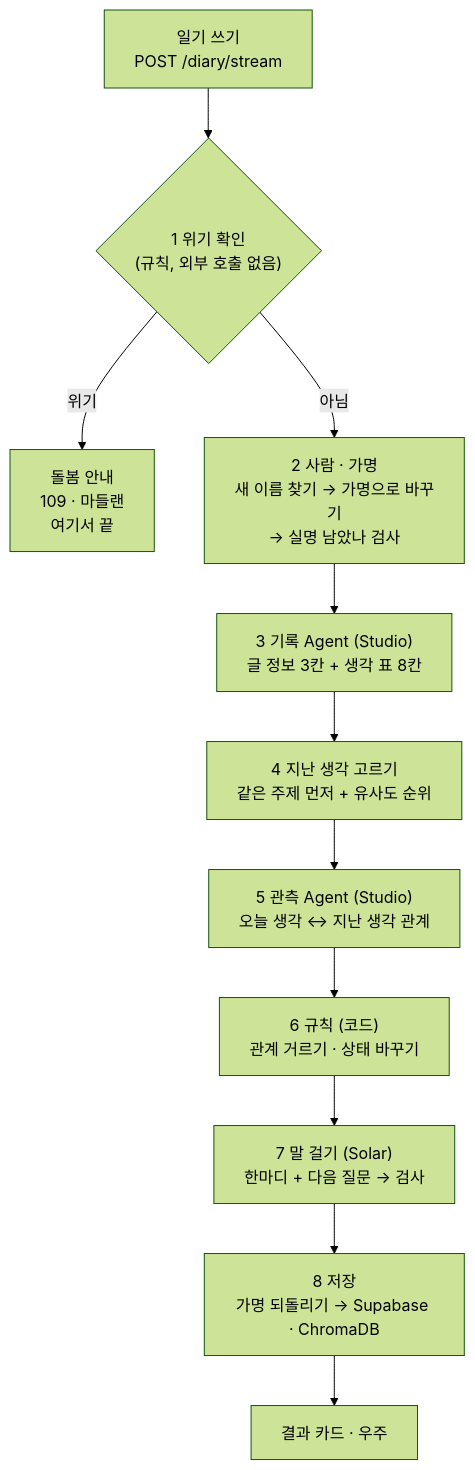
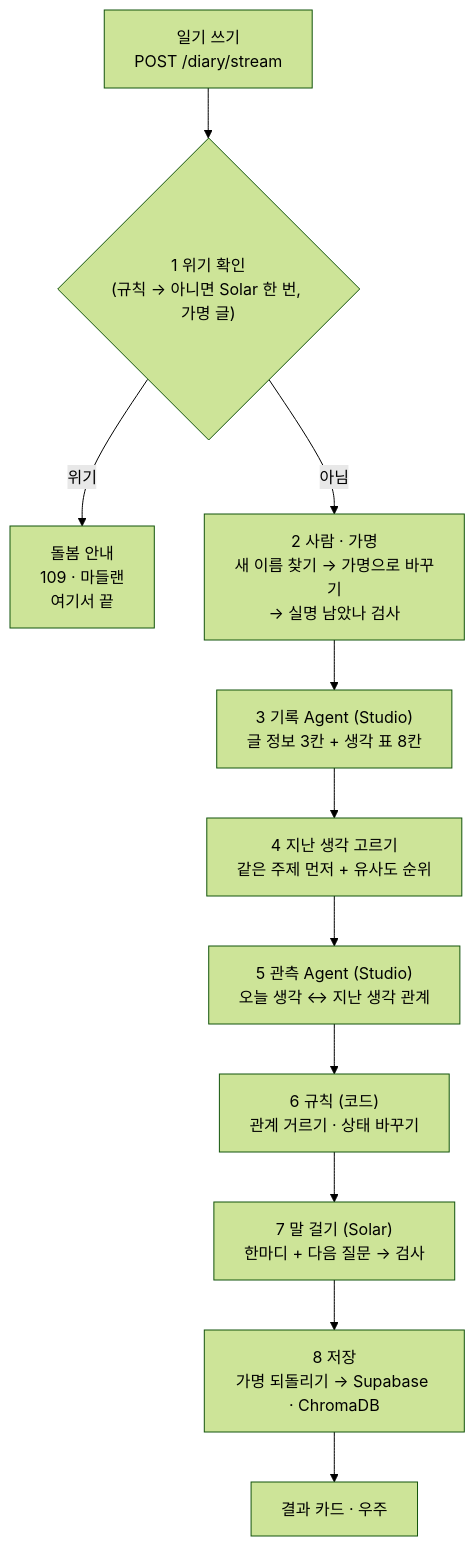
The second of 4 diagrams in docs/tech-explainer-v8.md (Lumiere001/my-universe), drawn with Mermaid (forest theme) before and after one commit. The commit also changed other lines of this file and 3 other files, not shown here.

````diff
--- a/docs/tech-explainer-v8.md
+++ b/docs/tech-explainer-v8.md
@@ -104,13 +136,13 @@
 ```mermaid
 flowchart TD
-    A["일기 쓰기<br/>POST /diary/stream"] --> S1{"1 위기 확인<br/>(규칙, 외부 호출 없음)"}
+    A["일기 쓰기<br/>POST /diary/stream"] --> S1{"1 위기 확인<br/>(규칙 → 아니면 Solar 한 번, 가명 글)"}
     S1 -- "위기" --> CARE["돌봄 안내<br/>109 · 마들랜<br/>여기서 끝"]
     S1 -- "아님" --> S2["2 사람 · 가명<br/>새 이름 찾기 → 가명으로 바꾸기<br/>→ 실명 남았나 검사"]
     S2 --> S3["3 기록 Agent (Studio)<br/>글 정보 3칸 + 생각 표 8칸"]
     S3 --> S4["4 지난 생각 고르기<br/>같은 주제 먼저 + 유사도 순위"]
     S4 --> S5["5 관측 Agent (Studio)<br/>오늘 생각 ↔ 지난 생각 관계"]
     S5 --> S6["6 규칙 (코드)<br/>관계 거르기 · 상태 바꾸기"]
     S6 --> S7["7 말 걸기 (Solar)<br/>한마디 + 다음 질문 → 검사"]
     S7 --> S8["8 저장<br/>가명 되돌리기 → Supabase · ChromaDB"]
     S8 --> R["결과 카드 · 우주"]
 ```
````
